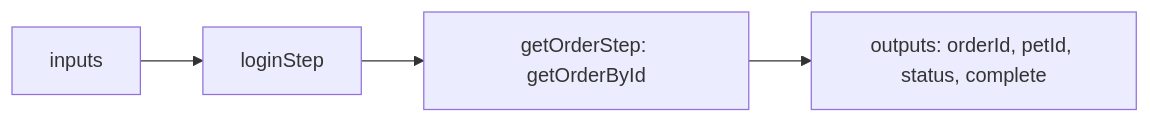
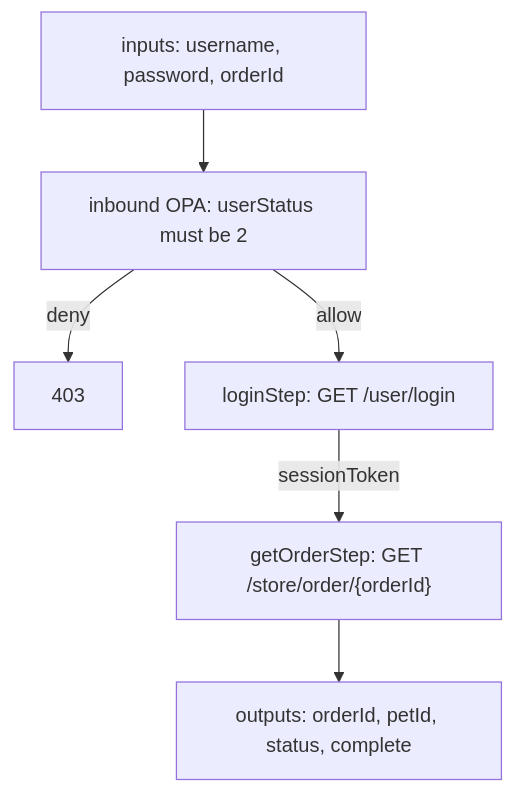
One commit to mevansam/context-mesh-engine changed the seventh of 9 diagrams in examples/petstore/README.md. Above: the diagram before and after it, drawn with Mermaid. The commit also changed other lines of this file, not shown here.

First line of the commit message:
Enhance Petstore README with detailed workflow diagrams and call sequences

````diff
--- a/examples/petstore/README.md
+++ b/examples/petstore/README.md
@@ -277,6 +337,15 @@
 ```mermaid
-flowchart LR
-  IN["inputs"] --> L["loginStep"]
-  L --> G["getOrderStep: getOrderById"]
-  G --> OUT["outputs: orderId, petId, status, complete"]
+flowchart TB
+  IN["inputs: username, password, orderId"]
+  POL["inbound OPA: userStatus must be 2"]
+  DENY["403"]
+  L["loginStep: GET /user/login"]
+  G["getOrderStep: GET /store/order/{orderId}"]
+  OUT["outputs: orderId, petId, status, complete"]
+
+  IN --> POL
+  POL -->|deny| DENY
+  POL -->|allow| L
+  L -->|"sessionToken"| G
+  G --> OUT
 ```
````
